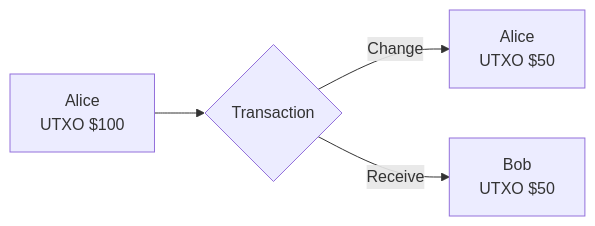
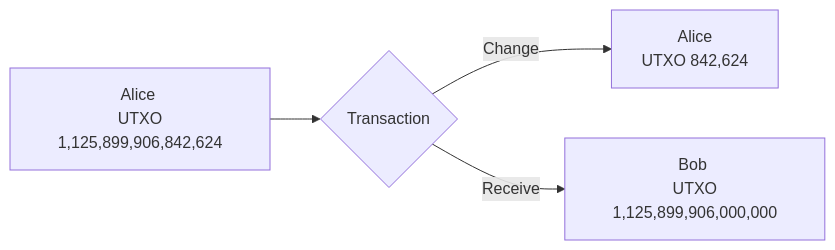
The diagram in docs/demo-usage.md (danielbui12/substrate-bitcoin-like-blockchain), drawn with Mermaid before and after one commit. The commit also changed other lines of this file and 7 other files, not shown here.

````diff
--- a/docs/demo-usage.md
+++ b/docs/demo-usage.md
@@ -21,6 +21,6 @@
 ```mermaid
 flowchart LR
-    AliceBefore[Alice <br/> UTXO $100] --> T{Transaction}
-    T -->|Change| AliceAfter[Alice <br/> UTXO $50]
-    T -->|Receive| Bob[Bob <br/> UTXO $50]
+    AliceBefore[Alice <br/> UTXO 1,125,899,906,842,624] --> T{Transaction}
+    T -->|Change| AliceAfter[Alice <br/> UTXO 842,624]
+    T -->|Receive| Bob[Bob <br/> UTXO 1,125,899,906,000,000]
 ```
````
